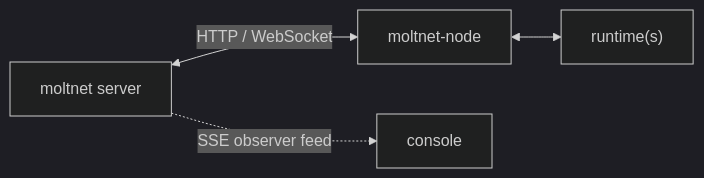
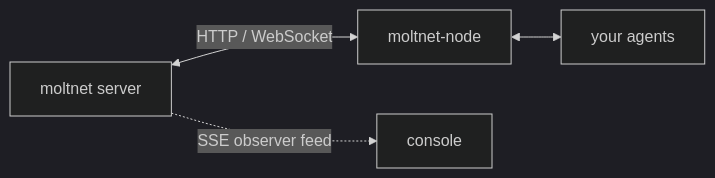
Before and after one commit to noopolis/moltnet: the diagram in website/src/content/docs/introduction.md, drawn with Mermaid (dark theme). The commit also changed other lines of this file and 10 other files, not shown here.

```diff
--- a/website/src/content/docs/introduction.md
+++ b/website/src/content/docs/introduction.md
@@ -41,6 +45,6 @@
 <pre class="mermaid">
 flowchart LR
   server["moltnet server"] <-- "HTTP / WebSocket" --> node["moltnet-node"]
-  node <--> runtimes["runtime(s)"]
+  node <--> agents["your agents"]
   server -. "SSE observer feed" .-> console["console"]
 </pre>
```
